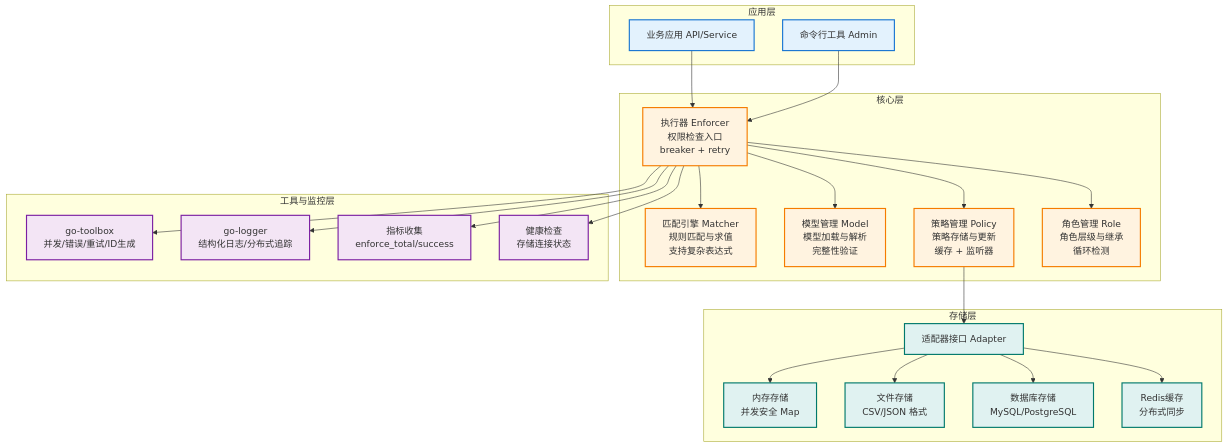
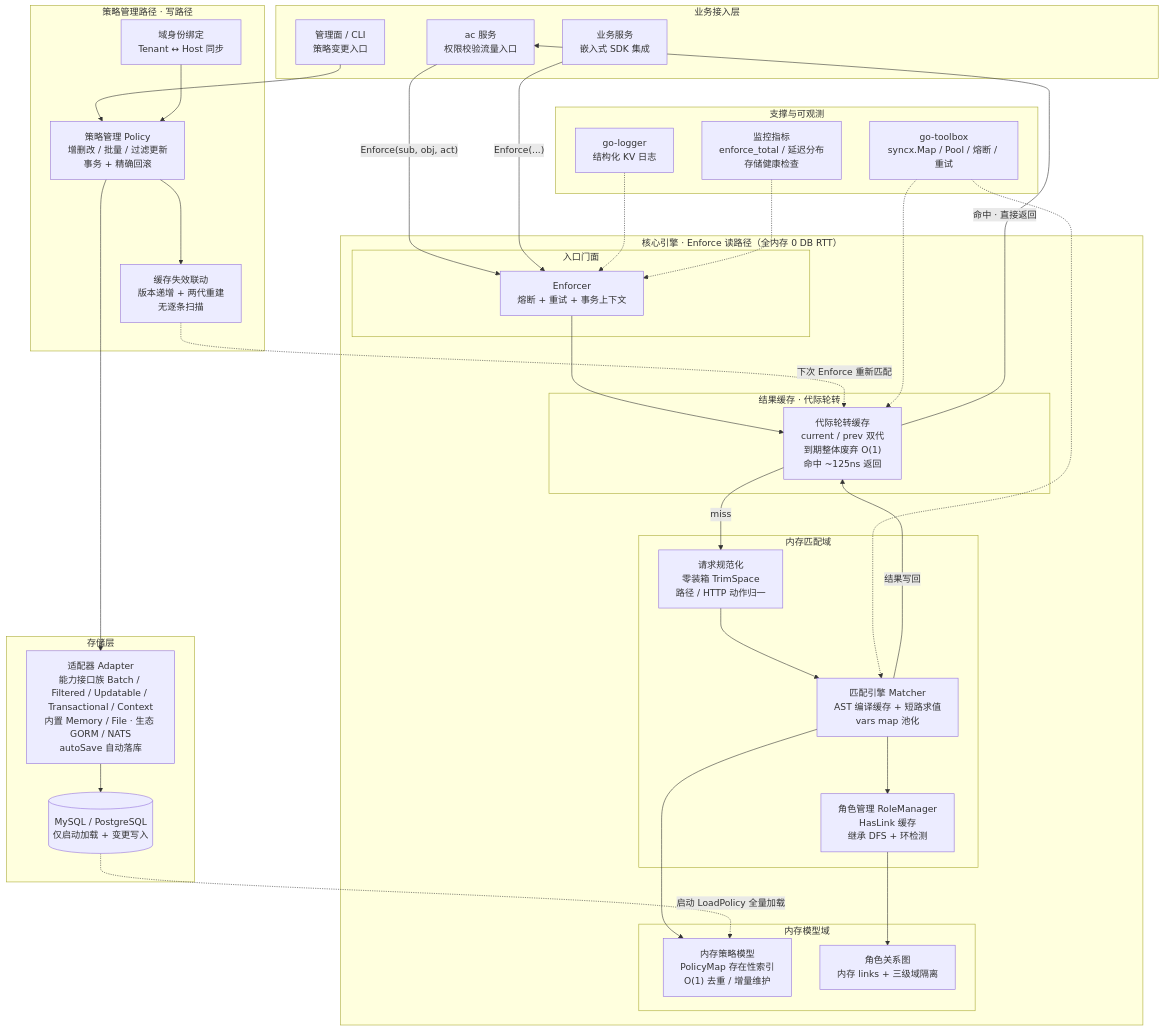
The diagram in README.md (kamalyes/go-casbin), drawn with Mermaid before and after one commit. The commit also changed other lines of this file, not shown here.

Commit message:
📝 docs: 重构 README 架构章节并统一重复内容
- 🏗️ 架构图按 go-wsc 风格重绘，读/写路径分离并标注全内存 0 DB RTT（README.md）
- 💡 为什么自研章节前移至架构设计之前，阅读动线改为「是什么 → 为什么 → 怎么设计」（README.md）
- 🗑️ 删除与核心特性、详细文档重复的扩展能力与详细使用指南小节（README.md）
- 🔄 适配器体系补入架构图，体现能力接口族与内置/生态实现（README.md）

````diff
--- a/README.md
+++ b/README.md
@@ -163,56 +50,81 @@
 ```mermaid
-graph TB
-    subgraph "应用层"
-        App[业务应用 API/Service]
-        CLI[命令行工具 Admin]
+flowchart TB
+    %% ==================== 业务接入层 ====================
+    subgraph "业务接入层"
+        ACSvc["ac 服务<br/>权限校验流量入口"]
+        BizApp["业务服务<br/>嵌入式 SDK 集成"]
+        AdminCLI["管理面 / CLI<br/>策略变更入口"]
     end
 
-    subgraph "核心层"
-        Enforcer[执行器 Enforcer<br/>权限检查入口<br/>breaker + retry]
-        Matcher[匹配引擎 Matcher<br/>规则匹配与求值<br/>支持复杂表达式]
-        Model[模型管理 Model<br/>模型加载与解析<br/>完整性验证]
-        Policy[策略管理 Policy<br/>策略存储与更新<br/>缓存 + 监听器]
-        Role[角色管理 Role<br/>角色层级与继承<br/>循环检测]
+    %% ==================== 核心引擎 · Enforce 读路径 ====================
+    subgraph "核心引擎 · Enforce 读路径（全内存 0 DB RTT）"
+
+        subgraph "入口门面"
+            Enforcer["Enforcer<br/>熔断 + 重试 + 事务上下文"]
+        end
+
+        subgraph "结果缓存 · 代际轮转"
+            GenCache["代际轮转缓存<br/>current / prev 双代<br/>到期整体废弃 O(1)<br/>命中 ~125ns 返回"]
+        end
+
+        subgraph "内存匹配域"
+            Normalize["请求规范化<br/>零装箱 TrimSpace<br/>路径 / HTTP 动作归一"]
+            Matcher["匹配引擎 Matcher<br/>AST 编译缓存 + 短路求值<br/>vars map 池化"]
+            RoleLink["角色管理 RoleManager<br/>HasLink 缓存<br/>继承 DFS + 环检测"]
+        end
+
+        subgraph "内存模型域"
+            MemModel["内存策略模型<br/>PolicyMap 存在性索引<br/>O(1) 去重 / 增量维护"]
+            RoleGraph["角色关系图<br/>内存 links + 三级域隔离"]
+        end
     end
 
-    subgraph "存储层"
-        Adapter[适配器接口 Adapter]
-        Memory[内存存储<br/>并发安全 Map]
-        File[文件存储<br/>CSV/JSON 格式]
-        DB[数据库存储<br/>MySQL/PostgreSQL]
-        Redis[Redis缓存<br/>分布式同步]
+    %% ==================== 策略管理路径 · 写路径 ====================
+    subgraph "策略管理路径 · 写路径"
+        PolicyMgr["策略管理 Policy<br/>增删改 / 批量 / 过滤更新<br/>事务 + 精确回滚"]
+        DomainSync["域身份绑定<br/>Tenant ↔ Host 同步"]
+        CacheInvalid["缓存失效联动<br/>版本递增 + 两代重建<br/>无逐条扫描"]
     end
 
-    subgraph "工具与监控层"
-        Toolbox[go-toolbox<br/>并发/错误/重试/ID生成]
-        Logger[go-logger<br/>结构化日志/分布式追踪]
-        Metrics[指标收集<br/>enforce_total/success]
-        Health[健康检查<br/>存储连接状态]
+    %% ==================== 存储层 ====================
+    subgraph "存储层"
+        Adapter["适配器 Adapter<br/>能力接口族 Batch / Filtered / Updatable / Transactional / Context<br/>内置 Memory / File · 生态 GORM / NATS<br/>autoSave 自动落库"]
+        Database[("MySQL / PostgreSQL<br/>仅启动加载 + 变更写入")]
     end
 
-    App --> Enforcer
-    CLI --> Enforcer
-    Enforcer --> Matcher
-    Enforcer --> Model
-    Enforcer --> Policy
-    Enforcer --> Role
-    Policy --> Adapter
-    Adapter --> Memory
-    Adapter --> File
-    Adapter --> DB
-    Adapter --> Redis
-    Enforcer --> Toolbox
-    Enforcer --> Logger
-    Enforcer --> Metrics
-    Enforcer --> Health
+    %% ==================== 支撑与可观测 ====================
+    subgraph "支撑与可观测"
+        Toolbox["go-toolbox<br/>syncx.Map / Pool / 熔断 / 重试"]
+        Logger["go-logger<br/>结构化 KV 日志"]
+        Monitor["监控指标<br/>enforce_total / 延迟分布<br/>存储健康检查"]
+    end
 
-    classDef appStyle fill:#e3f2fd,stroke:#1976d2,stroke-width:2px
-    classDef coreStyle fill:#fff3e0,stroke:#f57c00,stroke-width:2px
-    classDef storageStyle fill:#e0f2f1,stroke:#00796b,stroke-width:2px
-    classDef toolStyle fill:#f3e5f5,stroke:#7b1fa2,stroke-width:2px
+    %% ==================== 读路径 ====================
+    ACSvc -->|"Enforce(sub, obj, act)"| Enforcer
+    BizApp -->|"Enforce(...)"| Enforcer
+    Enforcer --> GenCache
+    GenCache -->|"命中 · 直接返回"| ACSvc
+    GenCache -->|"miss"| Normalize
+    Normalize --> Matcher
+    Matcher --> MemModel
+    Matcher --> RoleLink
+    RoleLink --> RoleGraph
+    Matcher -->|"结果写回"| GenCache
 
-    class App,CLI appStyle
-    class Enforcer,Matcher,Model,Policy,Role coreStyle
-    class Adapter,Memory,File,DB,Redis storageStyle
-    class Toolbox,Logger,Metrics,Health toolStyle
+    %% ==================== 写路径 ====================
+    AdminCLI --> PolicyMgr
+    DomainSync --> PolicyMgr
+    PolicyMgr --> Adapter
+    Adapter --> Database
+    PolicyMgr --> CacheInvalid
+    CacheInvalid -.->|"下次 Enforce 重新匹配"| GenCache
+
+    %% ==================== 启动加载 ====================
+    Database -.->|"启动 LoadPolicy 全量加载"| MemModel
+
+    %% ==================== 支撑 ====================
+    Toolbox -.-> Matcher
+    Toolbox -.-> GenCache
+    Logger -.-> Enforcer
+    Monitor -.-> Enforcer
 ```
````
